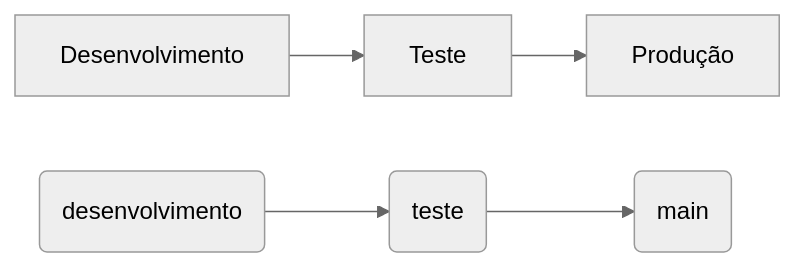
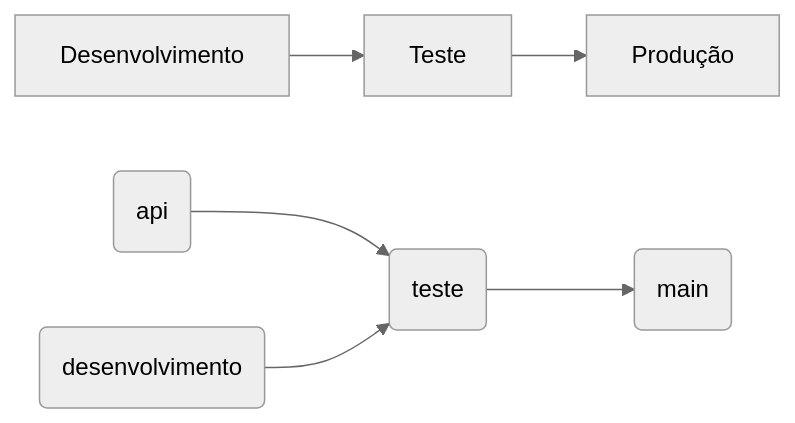
Before and after one commit to ViFMarques/Hackathon-StartSe: the diagram in README.md, drawn with Mermaid (neutral theme). The commit also changed other lines of this file, not shown here.

````diff
--- a/README.md
+++ b/README.md
@@ -25,10 +50,12 @@
 ```mermaid
 graph LR
 A[Desenvolvimento] --> B[Teste]
 B --> C[Produção]
+G(api)
 D(desenvolvimento)
 E(teste)
 F(main)
+G --> E
 D --> E
 E --> F
 ```
````
